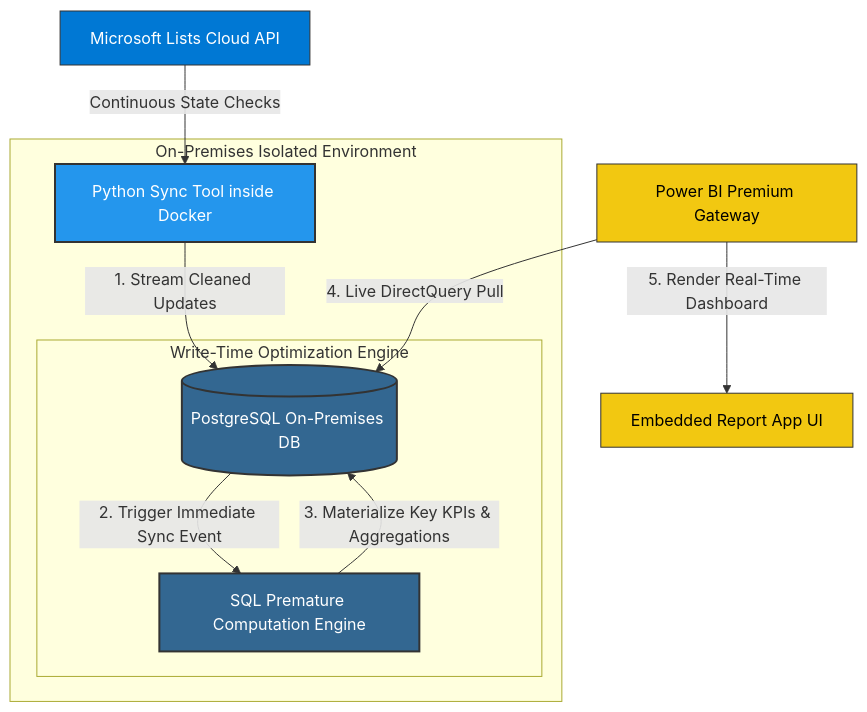
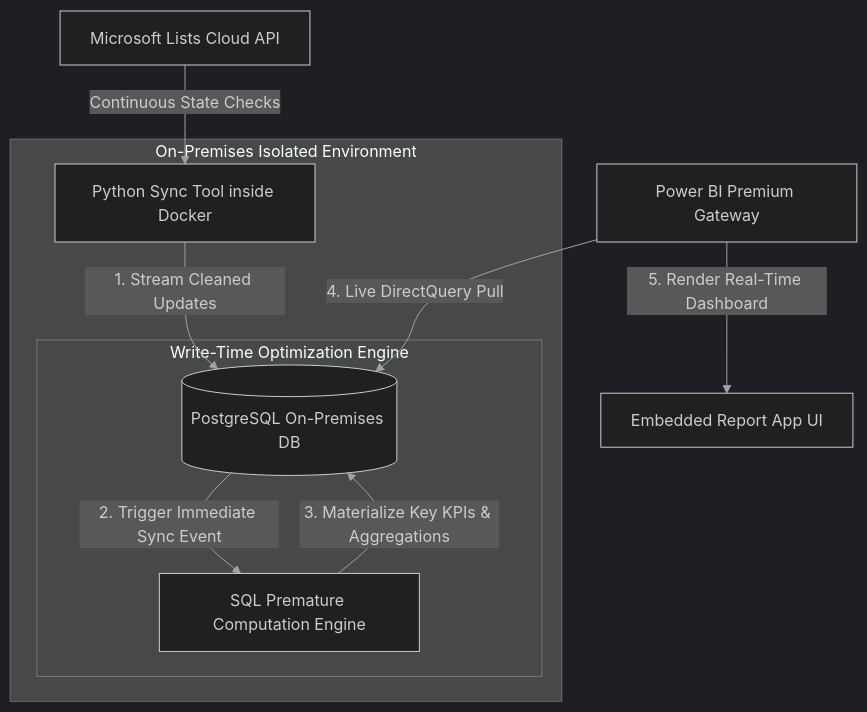
One commit to wevans02/Meta-Employment-Services-Internship changed the diagram in Custom-app-with-local-database/README.md. Above: the diagram before and after it, drawn with Mermaid.

Commit message:
Making the formatting similar for README's

````diff
--- a/Custom-app-with-local-database/README.md
+++ b/Custom-app-with-local-database/README.md
@@ -7,29 +7,17 @@
 ```mermaid
+%%{init: { 'theme': 'dark', 'themeVariables': { 'lineColor': '#a1a1aa', 'labelColor': '#ffffff', 'primaryColor': '#1e293b', 'primaryTextColor': '#ffffff', 'actorLineColor': '#ffffff' }}}%%
 graph TD
-    %% Styling
-    classDef cloud fill:#0078d4,stroke:#333,stroke-width:1px,color:#fff;
-    classDef container fill:#2496ed,stroke:#333,stroke-width:2px,color:#fff;
-    classDef database fill:#336791,stroke:#333,stroke-width:2px,color:#fff;
-    classDef analytics fill:#f2c811,stroke:#333,stroke-width:1px,color:#000;
-
-    %% Data Pipeline Flow
     MSLists[Microsoft Lists Cloud API] -->|Continuous State Checks| DockerSync[Python Sync Tool inside Docker]
     
     subgraph On-Premises Isolated Environment
         DockerSync -->|1. Stream Cleaned Updates| Postgres[(PostgreSQL On-Premises DB)]
         
         subgraph Write-Time Optimization Engine
             Postgres -->|2. Trigger Immediate Sync Event| PreCalc[SQL Premature Computation Engine]
             PreCalc -->|3. Materialize Key KPIs & Aggregations| Postgres
         end
     end
 
-    %% Analytics Reporting Loop
     PowerBI[Power BI Premium Gateway] -->|4. Live DirectQuery Pull| Postgres
     PowerBI -->|5. Render Real-Time Dashboard| UI[Embedded Report App UI]
-
-    class MSLists cloud;
-    class DockerSync container;
-    class Postgres,PreCalc database;
-    class PowerBI,UI analytics;
 ```
````
